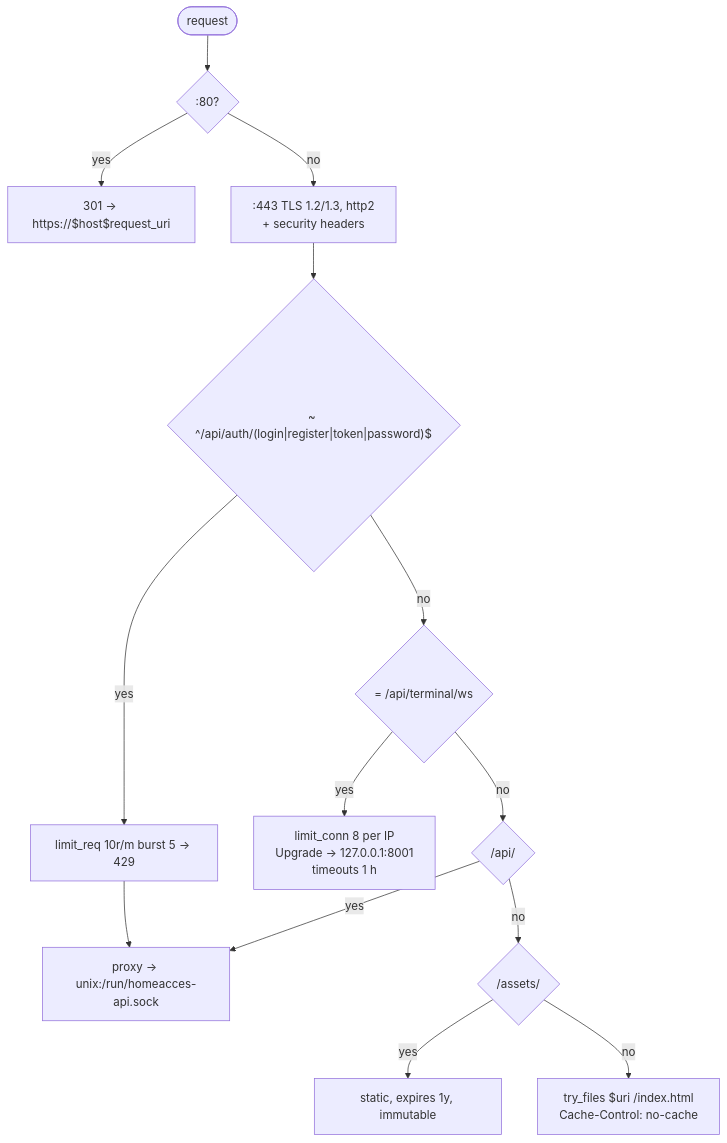
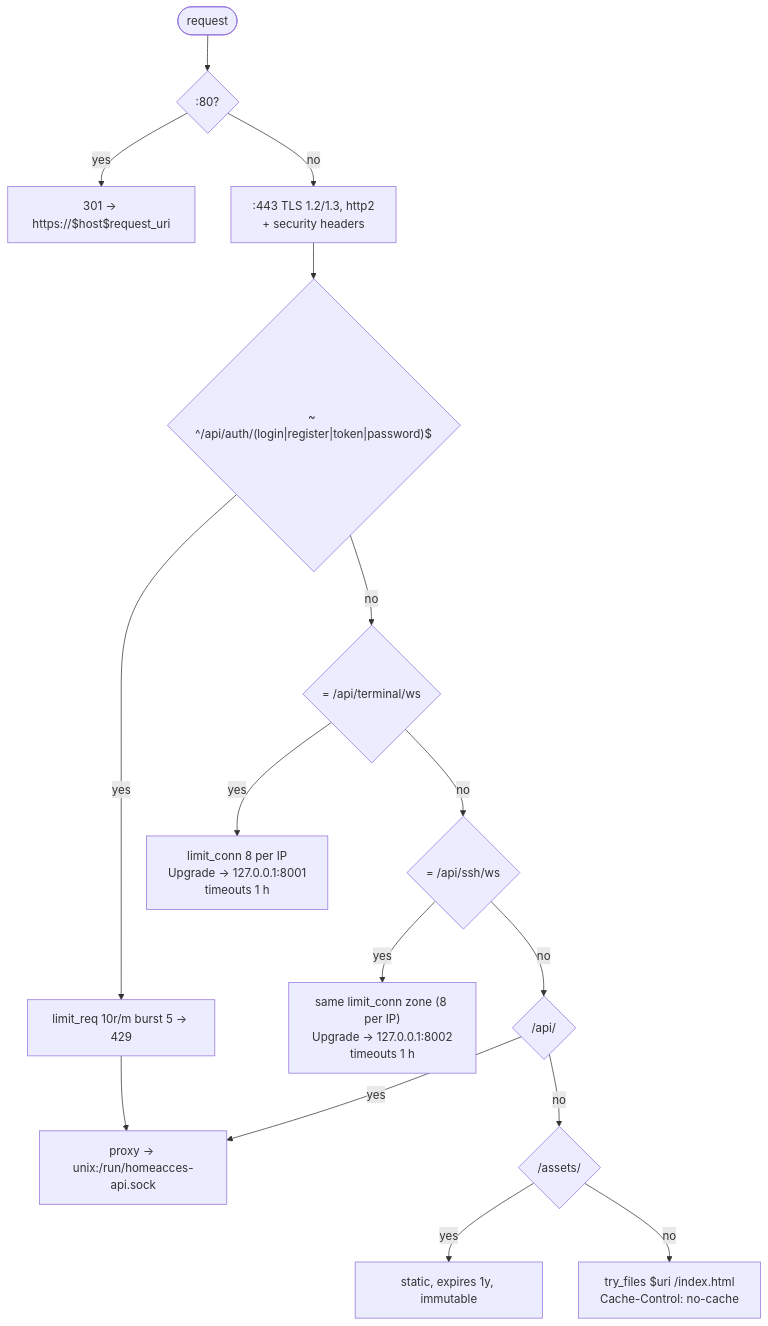
Before and after one commit to juanecito/Home_Access_Web: the third of 6 diagrams in doc/06-deployment.md, drawn with Mermaid. The commit also changed other lines of this file and 40 other files, not shown here.

````diff
--- a/doc/06-deployment.md
+++ b/doc/06-deployment.md
@@ -165,15 +182,17 @@
 ```mermaid
 flowchart TD
     REQ(["request"]) --> P80{":80?"}
     P80 -- yes --> R301["301 → https://$host$request_uri"]
     P80 -- no --> TLS[":443 TLS 1.2/1.3, http2<br/>+ security headers"]
     TLS --> L1{"~ ^/api/auth/(login|register|token|password)$"}
     L1 -- yes --> RL["limit_req 10r/m burst 5 → 429"] --> API["proxy → unix:/run/homeacces-api.sock"]
     L1 -- no --> L2{"= /api/terminal/ws"}
     L2 -- yes --> WS["limit_conn 8 per IP<br/>Upgrade → 127.0.0.1:8001<br/>timeouts 1 h"]
-    L2 -- no --> L3{"/api/"}
+    L2 -- no --> L2b{"= /api/ssh/ws"}
+    L2b -- yes --> WSS["same limit_conn zone (8 per IP)<br/>Upgrade → 127.0.0.1:8002<br/>timeouts 1 h"]
+    L2b -- no --> L3{"/api/"}
     L3 -- yes --> API
     L3 -- no --> L4{"/assets/"}
     L4 -- yes --> AS["static, expires 1y, immutable"]
     L4 -- no --> SPA["try_files $uri /index.html<br/>Cache-Control: no-cache"]
 ```
````
